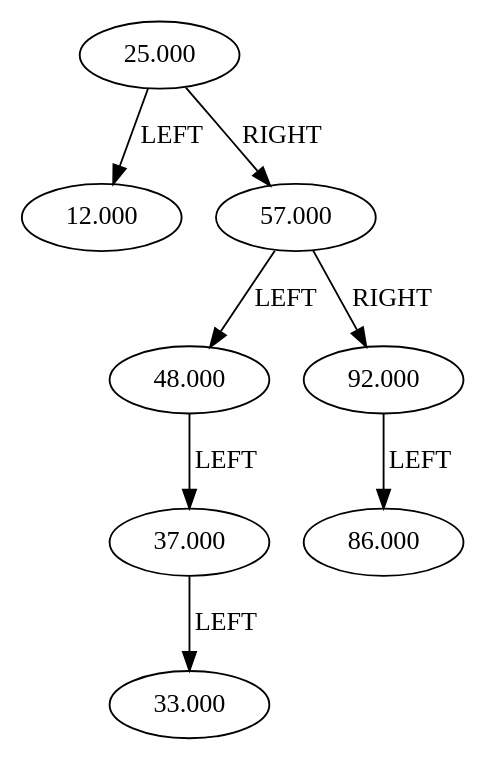
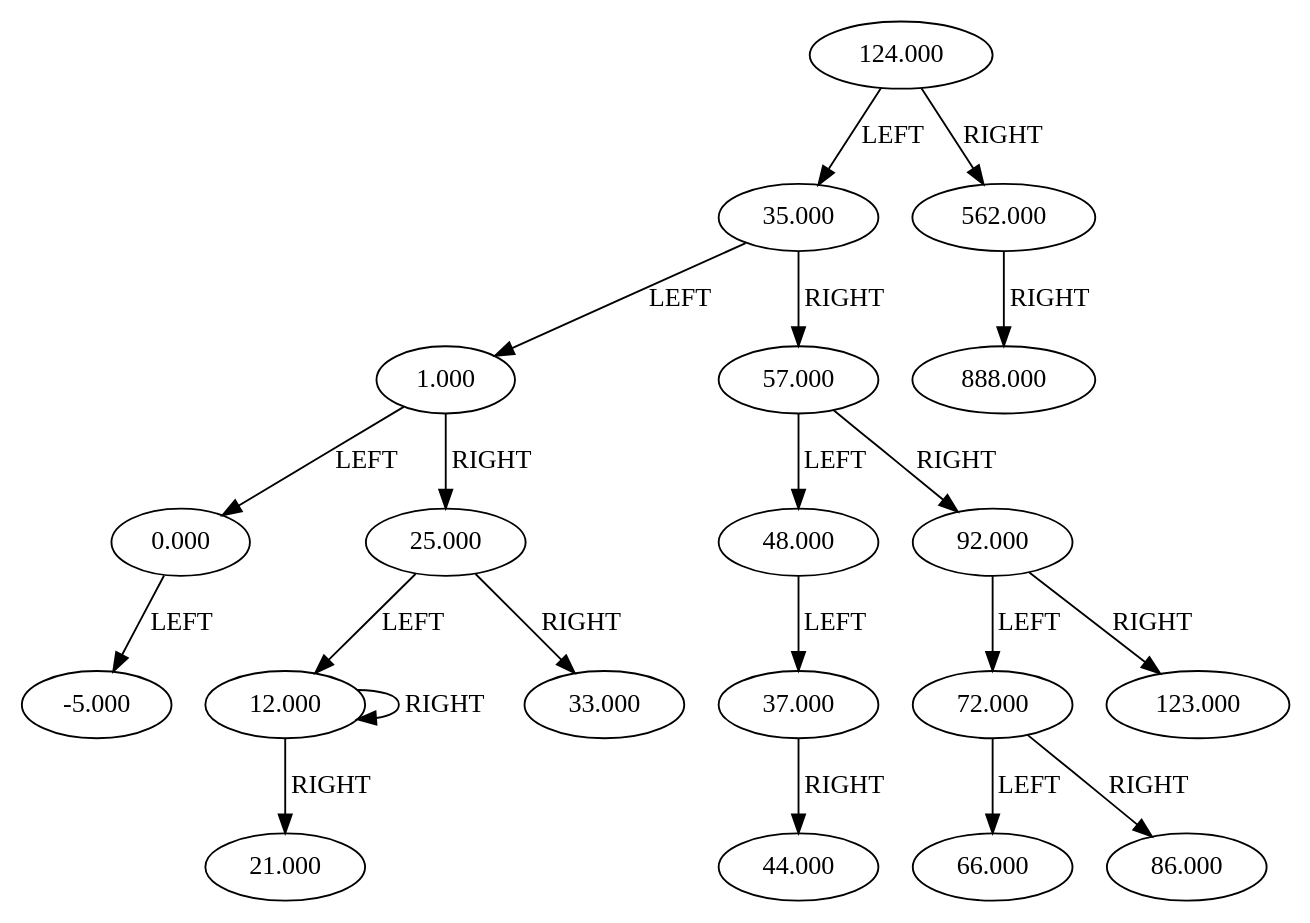
The diagram in Project/Problem1/Problem1/mybinarytree.dot (QingxinL/STAT534_code), drawn with Graphviz before and after one commit. The commit also changed 45 other files, not shown here.

```diff
--- a/Project/Problem1/Problem1/mybinarytree.dot
+++ b/Project/Problem1/Problem1/mybinarytree.dot
@@ -1,9 +1,22 @@
 digraph G {
+0.000 -> -5.000 [label = "LEFT"];
+1.000 -> 0.000 [label = "LEFT"];
+1.000 -> 25.000 [label = "RIGHT"];
+12.000 -> 12.000 [label = "RIGHT"];
+12.000 -> 21.000 [label = "RIGHT"];
 25.000 -> 12.000 [label = "LEFT"];
-25.000 -> 57.000 [label = "RIGHT"];
-37.000 -> 33.000 [label = "LEFT"];
+25.000 -> 33.000 [label = "RIGHT"];
+35.000 -> 1.000 [label = "LEFT"];
+35.000 -> 57.000 [label = "RIGHT"];
+37.000 -> 44.000 [label = "RIGHT"];
 48.000 -> 37.000 [label = "LEFT"];
 57.000 -> 48.000 [label = "LEFT"];
 57.000 -> 92.000 [label = "RIGHT"];
-92.000 -> 86.000 [label = "LEFT"];
+72.000 -> 66.000 [label = "LEFT"];
+72.000 -> 86.000 [label = "RIGHT"];
+92.000 -> 72.000 [label = "LEFT"];
+92.000 -> 123.000 [label = "RIGHT"];
+124.000 -> 35.000 [label = "LEFT"];
+124.000 -> 562.000 [label = "RIGHT"];
+562.000 -> 888.000 [label = "RIGHT"];
 }
```
